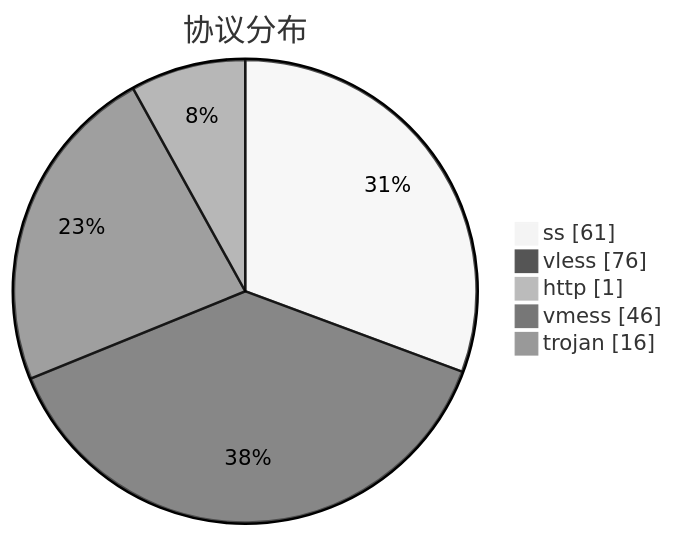
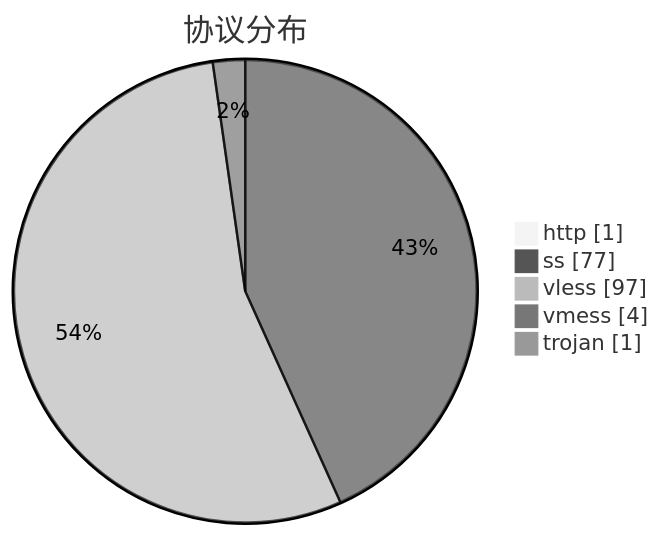
One commit to qjlxg/airport changed the third of 3 diagrams in subs/statistics/tested_within.md. Above: the diagram before and after it, drawn with Mermaid (neutral theme). The commit also changed other lines of this file and 2 other files, not shown here.

````diff
--- a/subs/statistics/tested_within.md
+++ b/subs/statistics/tested_within.md
@@ -28,9 +26,9 @@
 ```mermaid
 pie showData
 title 协议分布
-"ss" : 61
-"vless" : 76
 "http" : 1
-"vmess" : 46
-"trojan" : 16
+"ss" : 77
+"vless" : 97
+"vmess" : 4
+"trojan" : 1
 ```
````
